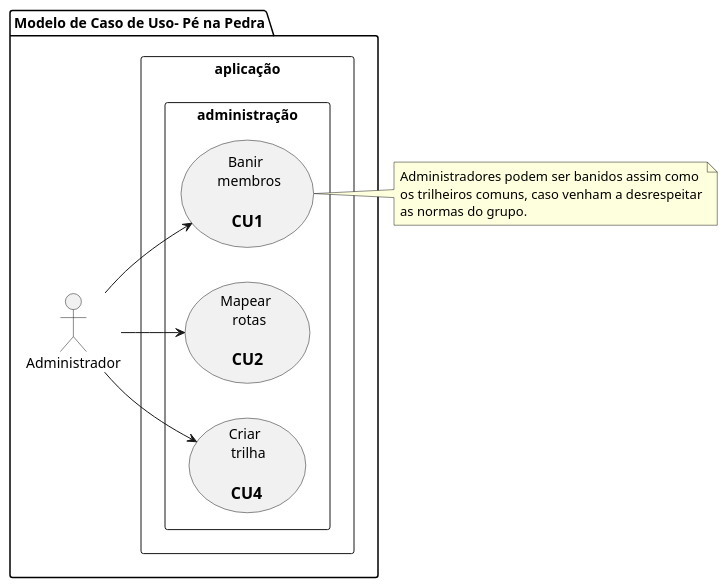
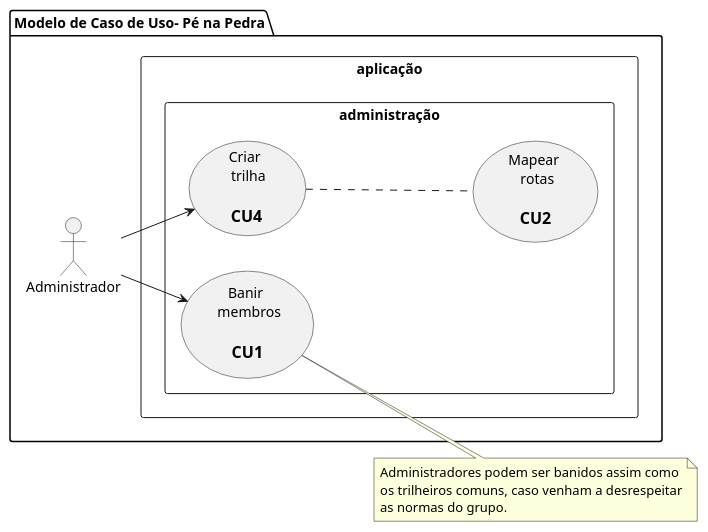
The diagram in docs/diagrams/src/usecases_diagrams/pe_na_pedra_usecase_2.plantuml (tiagors09/pe_na_pedra), drawn with PlantUML before and after one commit. The commit also changed 4 other files, not shown here.

```diff
--- a/docs/diagrams/src/usecases_diagrams/pe_na_pedra_usecase_2.plantuml
+++ b/docs/diagrams/src/usecases_diagrams/pe_na_pedra_usecase_2.plantuml
@@ -1,29 +1,29 @@
 @startuml pe_na_pedra_usecase_2
   left to right direction
   
   package "Modelo de Caso de Uso- Pé na Pedra" {
     
     :Administrador: as adm
     
     rectangle aplicação {
       rectangle administração {
         usecase uc1 as "Banir \n membros\n 
           == CU1"
         usecase uc2 as "Mapear \n rotas\n 
           == CU2"
         usecase uc4 as "Criar \n trilha\n 
           == CU4"
       }
     }
   } 
 
   note right of uc1
     Administradores podem ser banidos assim como
     os trilheiros comuns, caso venham a desrespeitar
     as normas do grupo.
   end note
 
   adm --> uc1
-  adm --> uc2
+  uc4 .. uc2
   adm --> uc4
 @enduml
```
